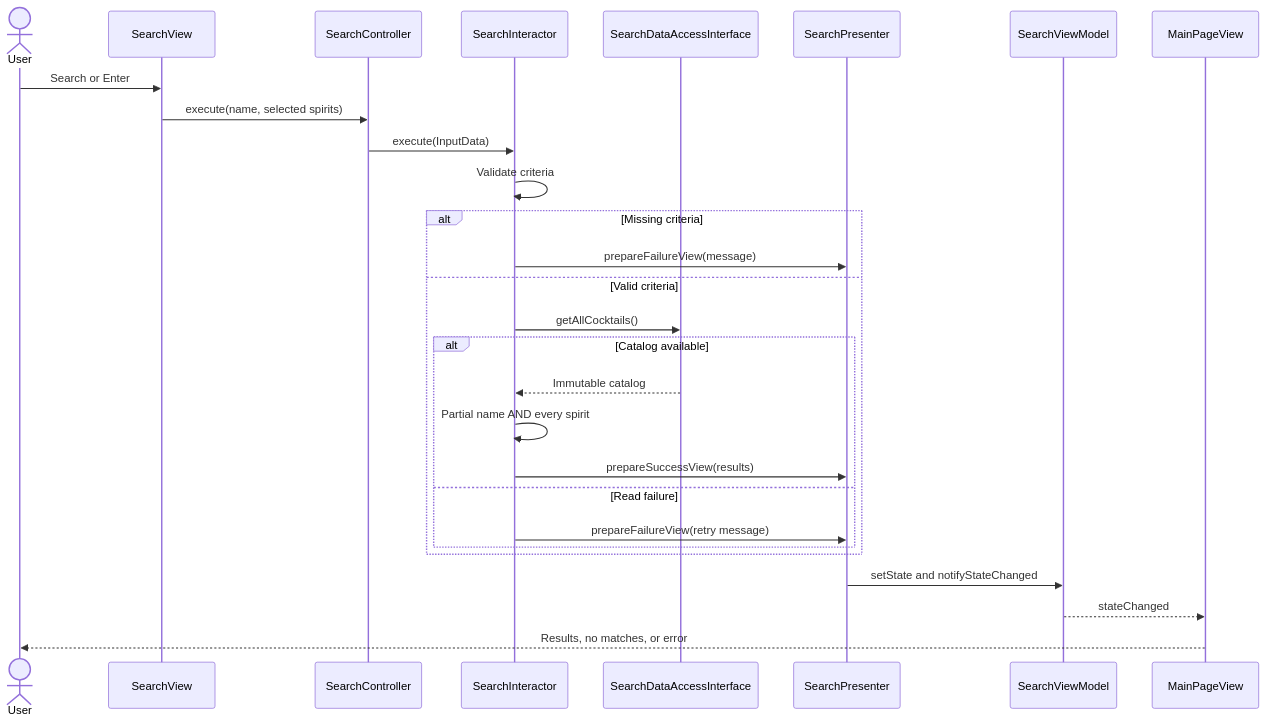
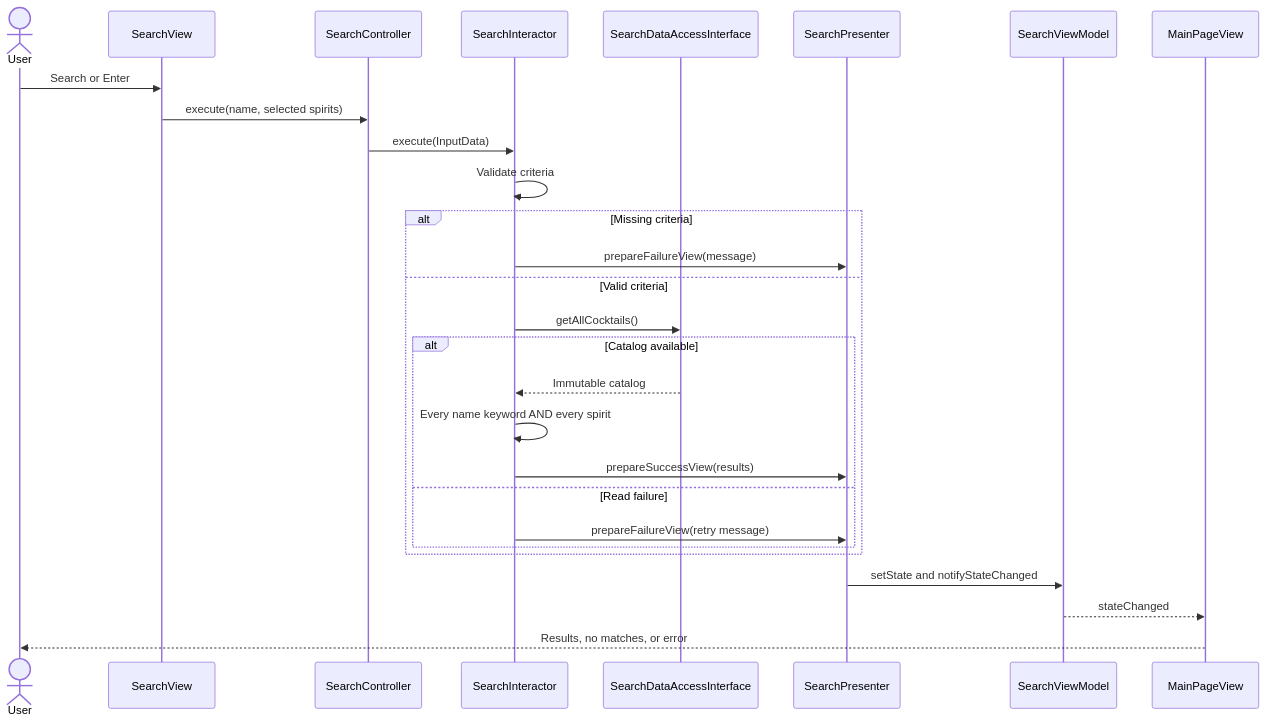
One commit to CSC207-2025F-UofT/team-project changed the second of 2 diagrams in docs/ARCHITECTURE.md. Above: the diagram before and after it, drawn with Mermaid. The commit also changed other lines of this file and 4 other files, not shown here.

````diff
--- a/docs/ARCHITECTURE.md
+++ b/docs/ARCHITECTURE.md
@@ -76,30 +78,30 @@
 ```mermaid
 sequenceDiagram
     actor User
     participant View as SearchView
     participant Controller as SearchController
     participant Interactor as SearchInteractor
     participant DAO as SearchDataAccessInterface
     participant Presenter as SearchPresenter
     participant Model as SearchViewModel
     participant Home as MainPageView
     User->>View: Search or Enter
     View->>Controller: execute(name, selected spirits)
     Controller->>Interactor: execute(InputData)
     Interactor->>Interactor: Validate criteria
     alt Missing criteria
         Interactor->>Presenter: prepareFailureView(message)
     else Valid criteria
         Interactor->>DAO: getAllCocktails()
         alt Catalog available
             DAO-->>Interactor: Immutable catalog
-            Interactor->>Interactor: Partial name AND every spirit
+            Interactor->>Interactor: Every name keyword AND every spirit
             Interactor->>Presenter: prepareSuccessView(results)
         else Read failure
             Interactor->>Presenter: prepareFailureView(retry message)
         end
     end
     Presenter->>Model: setState and notifyStateChanged
     Model-->>Home: stateChanged
     Home-->>User: Results, no matches, or error
 ```
````
